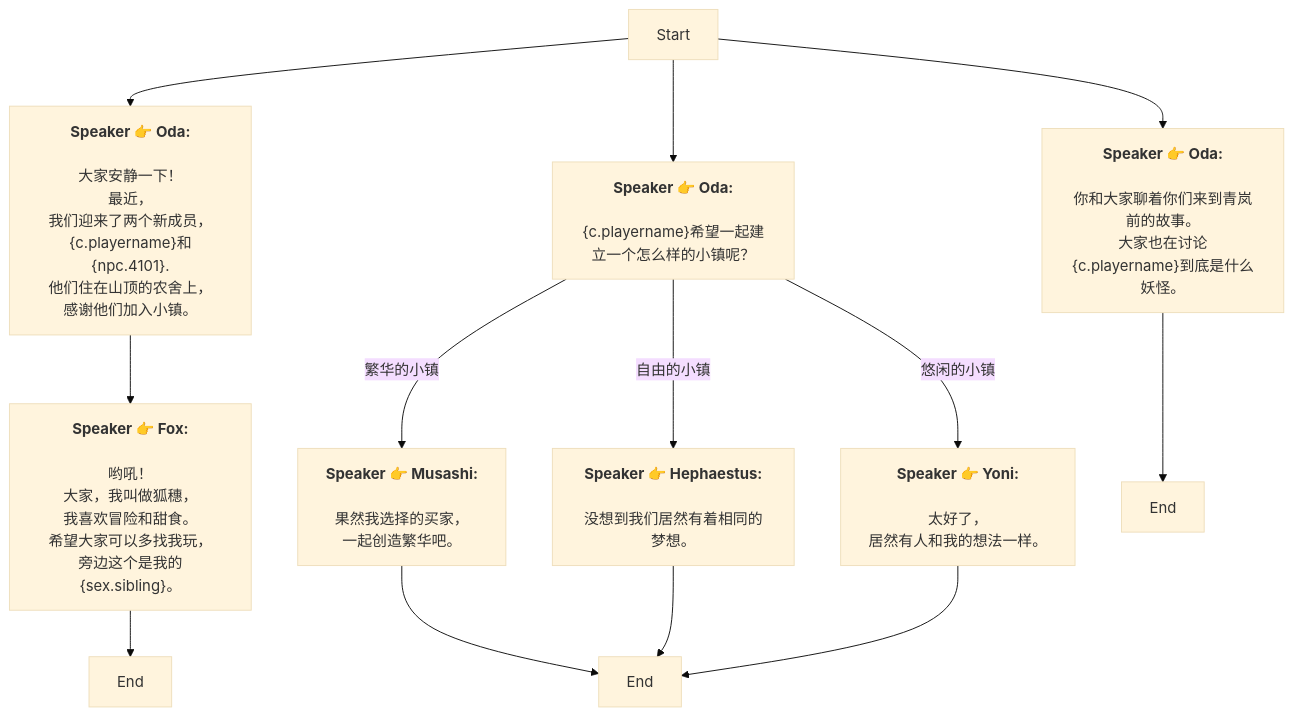
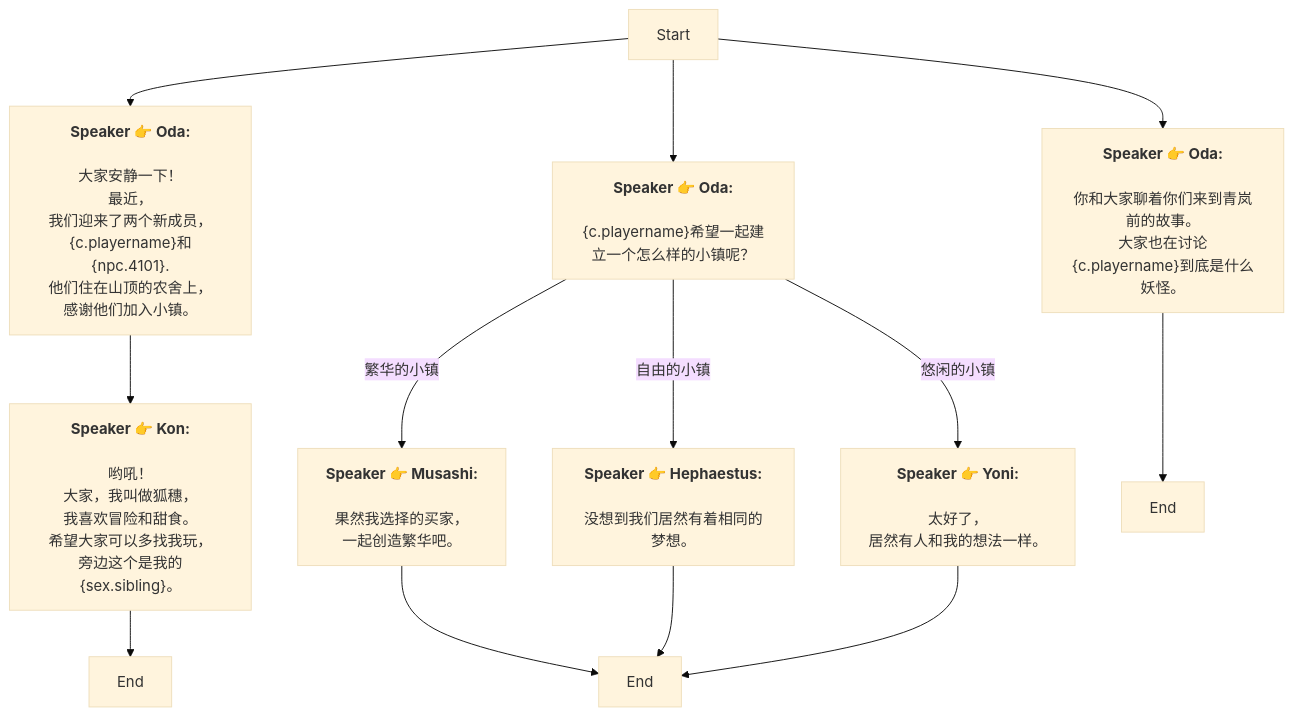
The diagram in Zh/MainStory_dialogue_02.md (SoftHu/tos_avg), drawn with Mermaid (base theme) before and after one commit. The commit also changed 730 other files, not shown here.

````diff
--- a/Zh/MainStory_dialogue_02.md
+++ b/Zh/MainStory_dialogue_02.md
@@ -1,31 +1,31 @@
 ```mermaid
 graph
 Start -->1758978700966534[<b>Speaker 👉 Oda:</b>
 \n大家安静一下！\n最近，
 我们迎来了两个新成员，
 &lbrace;c.playername&rbrace;和&lbrace;npc.4101&rbrace;.\n他们住在山顶的农舍上，
 感谢他们加入小镇。]
-1758978700966534 -->1758988547395240[<b>Speaker 👉 Fox:</b>
+1758978700966534 -->1758988547395240[<b>Speaker 👉 Kon:</b>
 \n哟吼！
 大家，我叫做狐穗，
 我喜欢冒险和甜食。\n希望大家可以多找我玩，
 旁边这个是我的&lbrace;sex.sibling&rbrace;。]
 1758988547395240 -->1758988331295399[End]
 Start -->1758987591518858[<b>Speaker 👉 Oda:</b>
 \n&lbrace;c.playername&rbrace;希望一起建立一个怎么样的小镇呢？]
 1758987591518858 -->|悠闲的小镇|1758987694775956[<b>Speaker 👉 Yoni:</b>
 \n太好了，
 居然有人和我的想法一样。]
 1758987591518858 -->|自由的小镇|1758987690209939[<b>Speaker 👉 Hephaestus:</b>
 \n没想到我们居然有着相同的梦想。]
 1758987591518858 -->|繁华的小镇|1758987649910418[<b>Speaker 👉 Musashi:</b>
 \n果然我选择的买家，
 一起创造繁华吧。]
 1758987649910418 -->1758987782295191[End]
 1758987690209939 -->1758987782295191[End]
 1758987694775956 -->1758987782295191[End]
 Start -->1758989698507443[<b>Speaker 👉 Oda:</b>
 \n你和大家聊着你们来到青岚前的故事。\n大家也在讨论&lbrace;c.playername&rbrace;到底是什么妖怪。]
 1758989698507443 -->1758989730576052[End]
 
 ```
````
